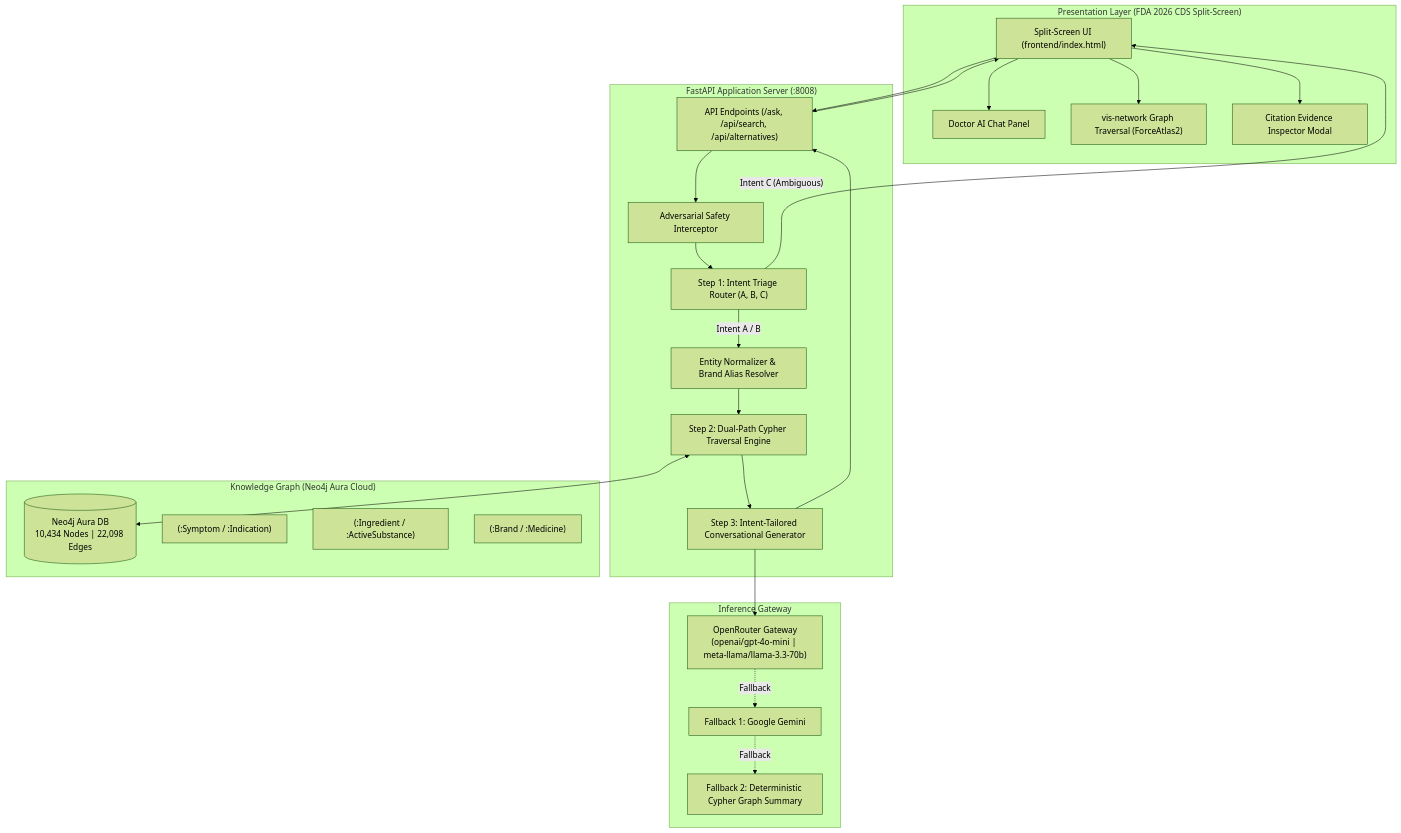
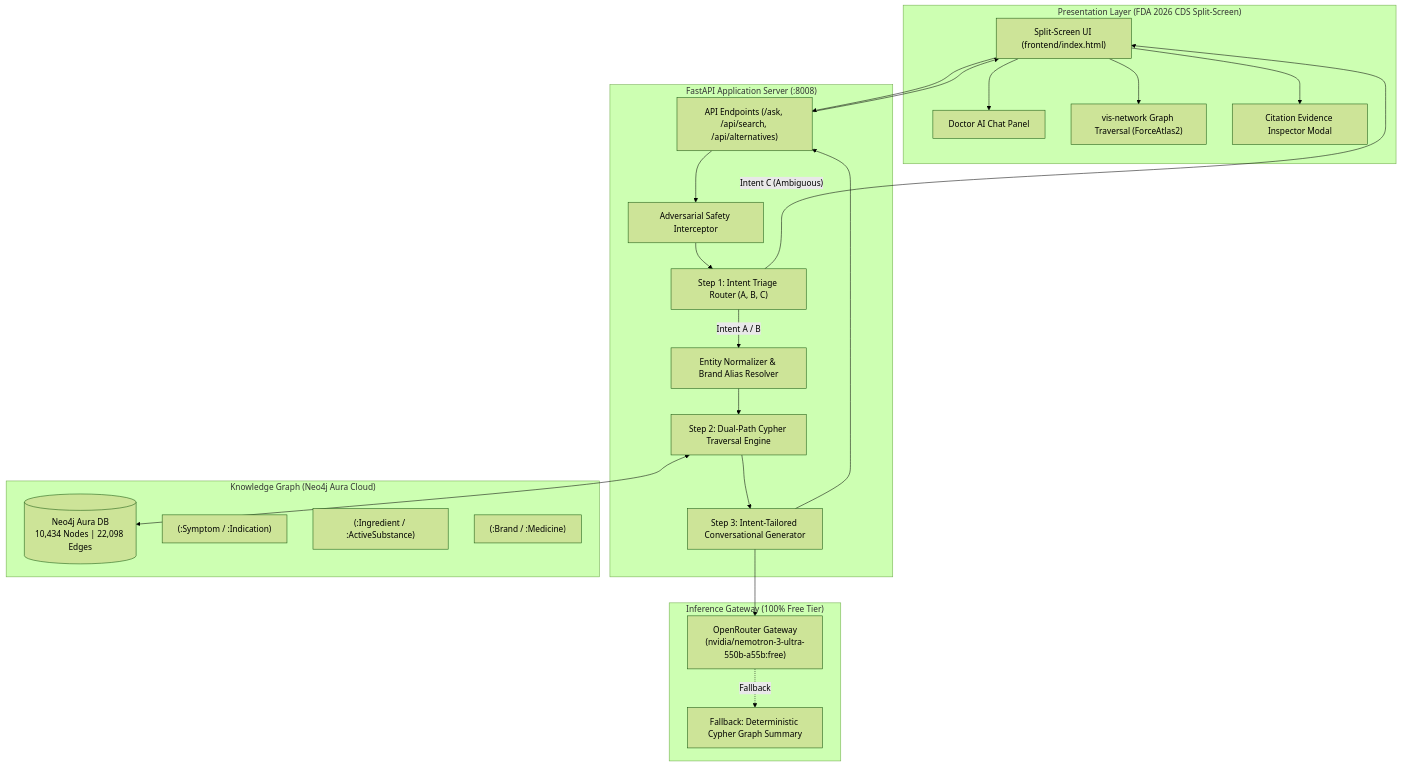
One commit to slyvarun/medgraph-ai-service changed the first of 2 diagrams in README.md. Above: the diagram before and after it, drawn with Mermaid (forest theme). The commit also changed other lines of this file and 5 other files, not shown here.

Commit message:
refactor(llm): completely remove Google Gemini dependencies and enforce OpenRouter free MoE tier

````diff
--- a/README.md
+++ b/README.md
@@ -109,48 +109,46 @@
 ```mermaid
 flowchart TD
     subgraph Frontend["Presentation Layer (FDA 2026 CDS Split-Screen)"]
         UI["Split-Screen UI (frontend/index.html)"]
         Chat["Doctor AI Chat Panel"]
         GraphVis["vis-network Graph Traversal (ForceAtlas2)"]
         Inspector["Citation Evidence Inspector Modal"]
     end
 
     subgraph Backend["FastAPI Application Server (:8008)"]
         Router["API Endpoints (/ask, /api/search, /api/alternatives)"]
         Safety["Adversarial Safety Interceptor"]
         IntentClassifier["Step 1: Intent Triage Router (A, B, C)"]
         Norm["Entity Normalizer & Brand Alias Resolver"]
         GraphEngine["Step 2: Dual-Path Cypher Traversal Engine"]
         Generator["Step 3: Intent-Tailored Conversational Generator"]
     end
 
     subgraph DataStore["Knowledge Graph (Neo4j Aura Cloud)"]
         Neo4j[("Neo4j Aura DB\n10,434 Nodes | 22,098 Edges")]
         SymptomNode["(:Symptom / :Indication)"]
         IngNode["(:Ingredient / :ActiveSubstance)"]
         BrandNode["(:Brand / :Medicine)"]
     end
 
-    subgraph Inference["Inference Gateway"]
-        OpenRouter["OpenRouter Gateway\n(openai/gpt-4o-mini | meta-llama/llama-3.3-70b)"]
-        FallbackGemini["Fallback 1: Google Gemini"]
-        FallbackCypher["Fallback 2: Deterministic Cypher Graph Summary"]
+    subgraph Inference["Inference Gateway (100% Free Tier)"]
+        OpenRouter["OpenRouter Gateway\n(nvidia/nemotron-3-ultra-550b-a55b:free)"]
+        FallbackCypher["Fallback: Deterministic Cypher Graph Summary"]
     end
 
     UI --> Router
     Router --> Safety
     Safety --> IntentClassifier
     IntentClassifier -- "Intent C (Ambiguous)" --> UI
     IntentClassifier -- "Intent A / B" --> Norm
     Norm --> GraphEngine
     GraphEngine <--> Neo4j
     GraphEngine --> Generator
     Generator --> OpenRouter
-    OpenRouter -.->|Fallback| FallbackGemini
-    FallbackGemini -.->|Fallback| FallbackCypher
+    OpenRouter -.->|Fallback| FallbackCypher
     Generator --> Router
     Router --> UI
     UI --> Chat
     UI --> GraphVis
     UI --> Inspector
 ```
````
